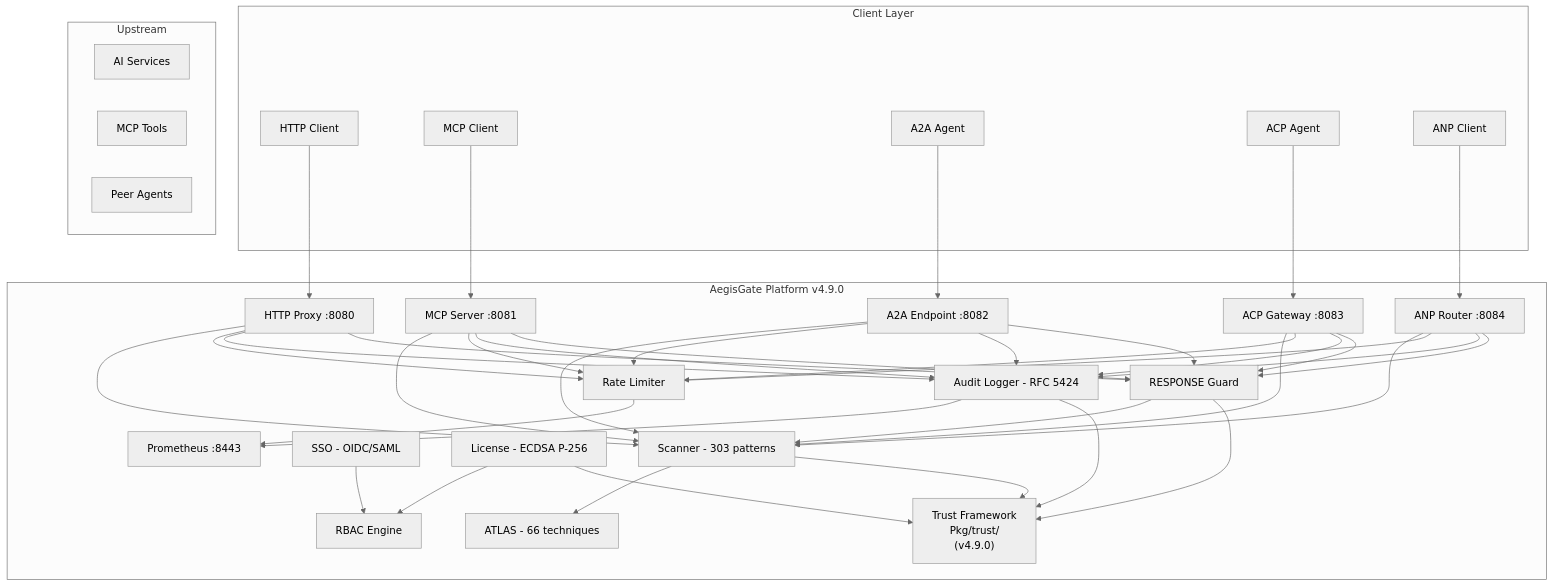
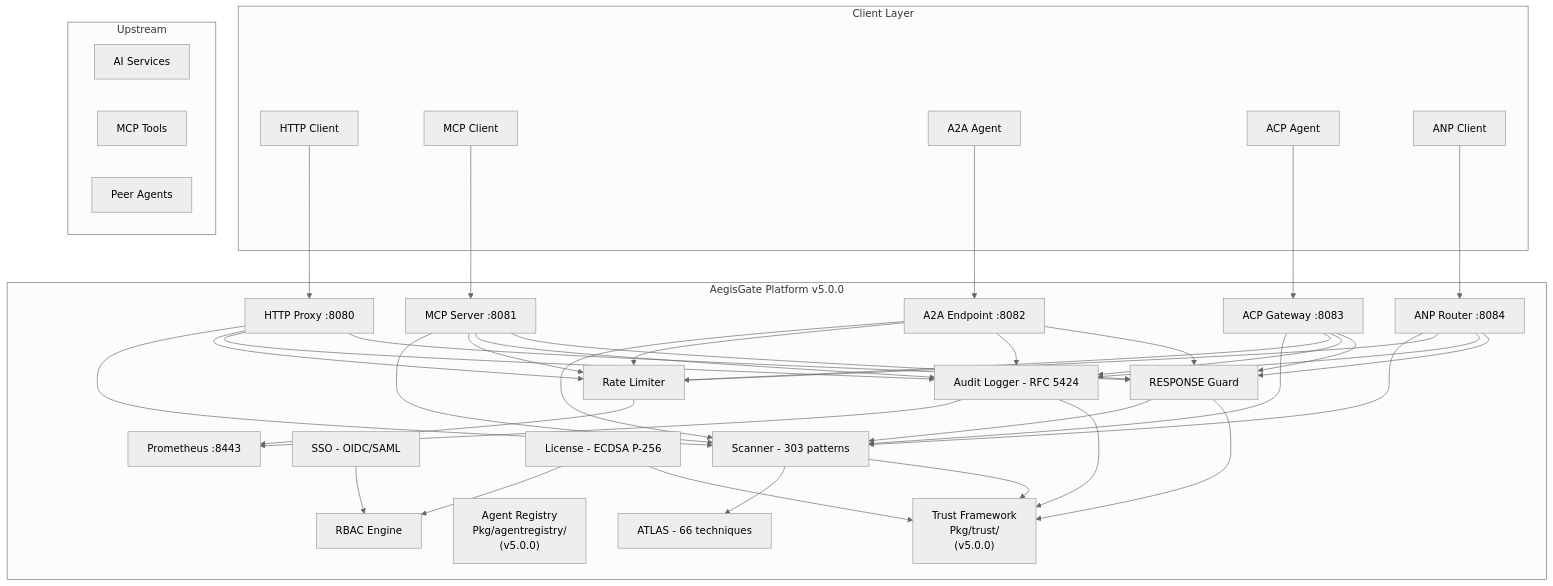
The diagram in content/tech.md (aegisgatesecurity/aegisgate-site), drawn with Mermaid (neutral theme) before and after one commit. The commit also changed other lines of this file and 10 other files, not shown here.

```diff
--- a/content/tech.md
+++ b/content/tech.md
@@ -12,61 +12,62 @@
 {{< mermaid >}}
 flowchart TB
     subgraph Client["Client Layer"]
         A["HTTP Client"]
         B["MCP Client"]
         C["A2A Agent"]
         D["ACP Agent"]
         E["ANP Client"]
     end
 
-    subgraph AegisGate["AegisGate Platform v4.9.0"]
+    subgraph AegisGate["AegisGate Platform v5.0.0"]
         G["HTTP Proxy :8080"]
         H["MCP Server :8081"]
         I["A2A Endpoint :8082"]
         J["ACP Gateway :8083"]
         K["ANP Router :8084"]
         L["RESPONSE Guard"]
-        TR["Trust Framework\nPkg/trust/\n(v4.9.0)"]
+        TR["Trust Framework\nPkg/trust/\n(v5.0.0)"]
+        AR["Agent Registry\nPkg/agentregistry/\n(v5.0.0)"]
 
         M["Scanner - 303 patterns"]
         N["ATLAS - 66 techniques"]
         O["Rate Limiter"]
         P["Audit Logger - RFC 5424"]
 
         Q["SSO - OIDC/SAML"]
         R["RBAC Engine"]
         S["License - ECDSA P-256"]
 
         T["Prometheus :8443"]
     end
 
     subgraph Upstream["Upstream"]
         U["AI Services"]
         V["MCP Tools"]
         W["Peer Agents"]
     end
 
     A --> G
     B --> H
     C --> I
     D --> J
     E --> K
 
     G --> M & O & P & L
     H --> M & O & P & L
     I --> M & O & P & L
     J --> M & O & P & L
     K --> M & O & P & L
 
     M --> N
     L --> M
     O --> T
     P --> T
     Q --> R
     S --> R
 
     M --> TR
     L --> TR
     P --> TR
     S --> TR
 {{< /mermaid >}}
```
